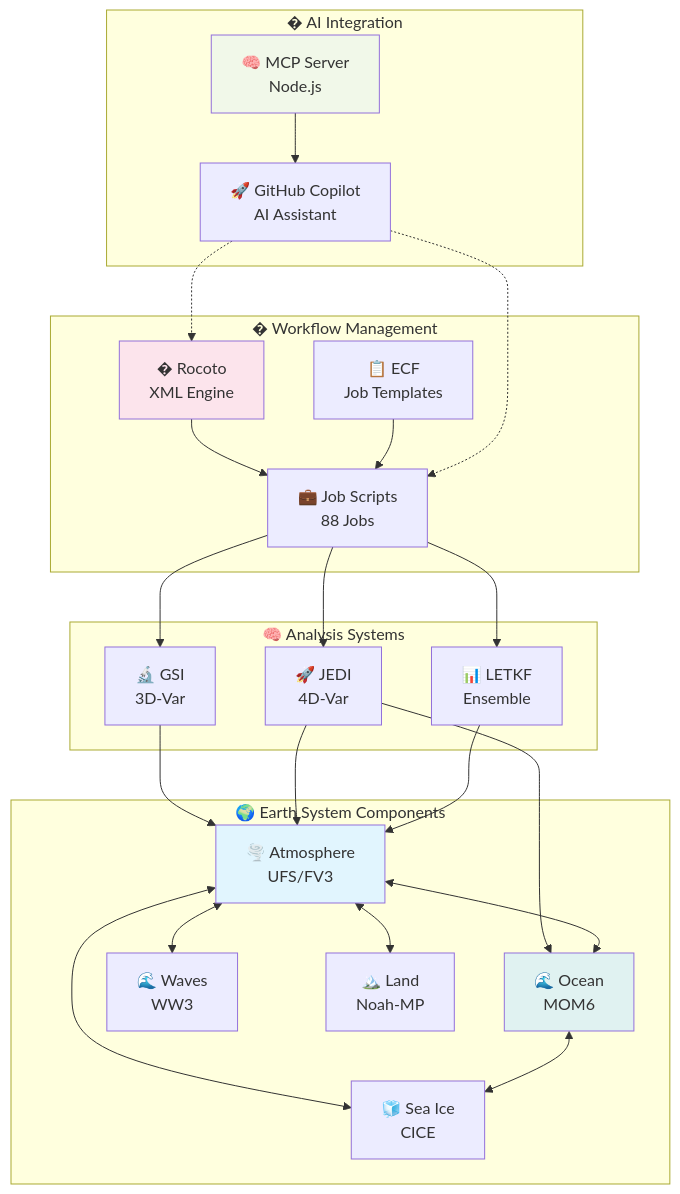
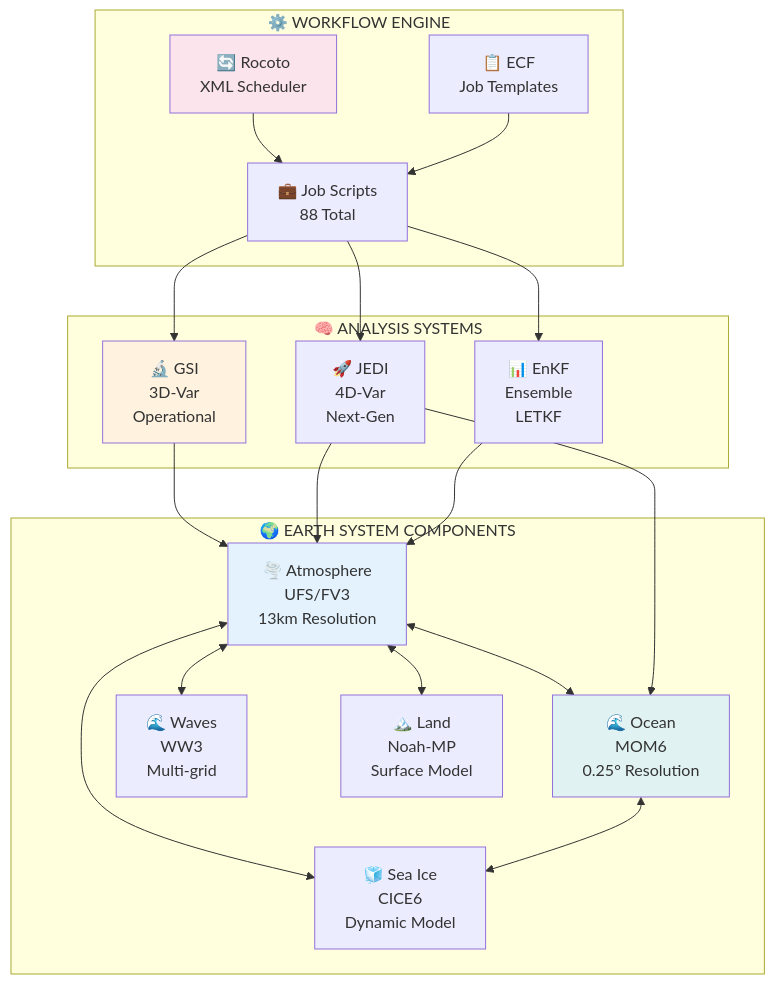
The second of 3 diagrams in README_global-workflow_STRUCTURE.md (TerrenceMcGuinness-NOAA/global-workflow), drawn with Mermaid before and after one commit. The commit also changed other lines of this file and 2 other files, not shown here.

````diff
--- a/README_global-workflow_STRUCTURE.md
+++ b/README_global-workflow_STRUCTURE.md
@@ -176,49 +193,41 @@
 ```mermaid
-graph TD
-    subgraph "🌍 Earth System Components"
-        ATM[🌪️ Atmosphere<br/>UFS/FV3]
-        OCN[🌊 Ocean<br/>MOM6]
-        ICE[🧊 Sea Ice<br/>CICE]
-        WAV[🌊 Waves<br/>WW3]
-        LND[🏔️ Land<br/>Noah-MP]
+graph TB
+    subgraph "🌍 EARTH SYSTEM COMPONENTS"
+        ATM[🌪️ Atmosphere<br/>UFS/FV3<br/>13km Resolution]
+        OCN[🌊 Ocean<br/>MOM6<br/>0.25° Resolution]
+        ICE[🧊 Sea Ice<br/>CICE6<br/>Dynamic Model]
+        WAV[🌊 Waves<br/>WW3<br/>Multi-grid]
+        LND[🏔️ Land<br/>Noah-MP<br/>Surface Model]
     end
     
-    subgraph "🧠 Analysis Systems"
-        GSI[🔬 GSI<br/>3D-Var]
-        JEDI[🚀 JEDI<br/>4D-Var]
-        LETKF[📊 LETKF<br/>Ensemble]
+    subgraph "🧠 ANALYSIS SYSTEMS"
+        GSI[🔬 GSI<br/>3D-Var<br/>Operational]
+        JEDI[🚀 JEDI<br/>4D-Var<br/>Next-Gen]
+        ENS[📊 EnKF<br/>Ensemble<br/>LETKF]
     end
     
-    subgraph "� Workflow Management"
-        ROCOTO[� Rocoto<br/>XML Engine]
+    subgraph "⚙️ WORKFLOW ENGINE"
+        ROC[🔄 Rocoto<br/>XML Scheduler]
         ECF[📋 ECF<br/>Job Templates]
-        JOBS[💼 Job Scripts<br/>88 Jobs]
+        JOB[💼 Job Scripts<br/>88 Total]
     end
-    
-    subgraph "� AI Integration"
-        MCP[🧠 MCP Server<br/>Node.js]
-        COPILOT[🚀 GitHub Copilot<br/>AI Assistant]
-    end
-    
-    GSI --> ATM
-    JEDI --> ATM & OCN
-    LETKF --> ATM
     
     ATM <--> OCN
     ATM <--> ICE
     ATM <--> WAV
     ATM <--> LND
     OCN <--> ICE
     
-    ROCOTO --> JOBS
-    ECF --> JOBS
-    JOBS --> GSI & JEDI & LETKF
+    GSI --> ATM
+    JEDI --> ATM & OCN
+    ENS --> ATM
     
-    MCP --> COPILOT
-    COPILOT -.-> ROCOTO & JOBS
+    ROC --> JOB
+    ECF --> JOB
+    JOB --> GSI & JEDI & ENS
     
-    style ATM fill:#e1f5fe
+    style ATM fill:#e3f2fd
     style OCN fill:#e0f2f1
-    style MCP fill:#f1f8e9
-    style ROCOTO fill:#fce4ec
+    style GSI fill:#fff3e0
+    style ROC fill:#fce4ec
 ```
````
